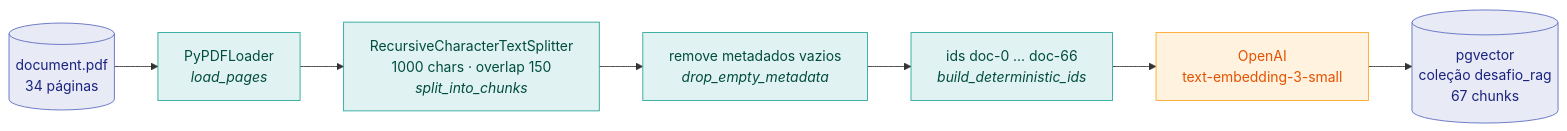
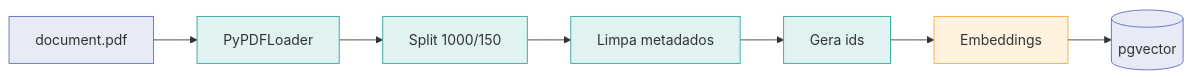
Before and after one commit to joaovmeneses/mba-ia-desafio-ingestao-busca: the first of 3 diagrams in docs/flow.md, drawn with Mermaid. The commit also changed other lines of this file, not shown here.

First line of the commit message:
docs: simplifica os diagramas para renderizacao ampla

````diff
--- a/docs/flow.md
+++ b/docs/flow.md
@@ -12,19 +12,19 @@
 ```mermaid
 flowchart LR
-    PDF[("document.pdf<br/>34 páginas")]
-    LOAD["PyPDFLoader<br/><i>load_pages</i>"]
-    SPLIT["RecursiveCharacterTextSplitter<br/>1000 chars · overlap 150<br/><i>split_into_chunks</i>"]
-    CLEAN["remove metadados vazios<br/><i>drop_empty_metadata</i>"]
-    IDS["ids doc-0 … doc-66<br/><i>build_deterministic_ids</i>"]
-    EMB["OpenAI<br/>text-embedding-3-small"]
-    DB[("pgvector<br/>coleção desafio_rag<br/>67 chunks")]
+    A[document.pdf]
+    B[PyPDFLoader]
+    C[Split 1000/150]
+    D[Limpa metadados]
+    E[Gera ids]
+    F[Embeddings]
+    G[(pgvector)]
 
-    PDF --> LOAD --> SPLIT --> CLEAN --> IDS --> EMB --> DB
+    A --> B --> C --> D --> E --> F --> G
 
-    classDef file fill:#e8eaf6,stroke:#5c6bc0,color:#1a237e
-    classDef step fill:#e0f2f1,stroke:#26a69a,color:#004d40
-    classDef ext fill:#fff3e0,stroke:#ffa726,color:#e65100
-    class PDF,DB file
-    class LOAD,SPLIT,CLEAN,IDS step
-    class EMB ext
+    classDef dado fill:#e8eaf6,stroke:#5c6bc0
+    classDef passo fill:#e0f2f1,stroke:#26a69a
+    classDef api fill:#fff3e0,stroke:#ffa726
+    class A,G dado
+    class B,C,D,E passo
+    class F api
 ```
````
